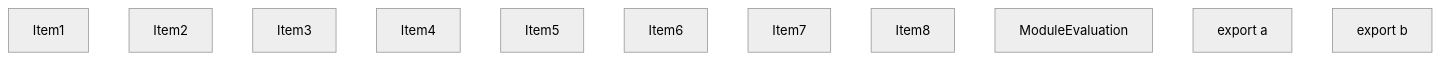
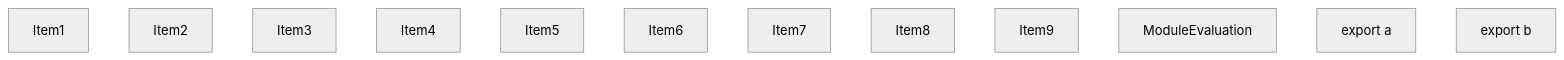
One commit to vercel/turborepo changed the first of 5 diagrams in crates/turbopack-ecmascript/tests/tree-shaker/analyzer/shared-and-side-effects/output.md. Above: the diagram before and after it, drawn with Mermaid (neutral theme). The commit also changed other lines of this file and 1 other file, not shown here.

````diff
--- a/crates/turbopack-ecmascript/tests/tree-shaker/analyzer/shared-and-side-effects/output.md
+++ b/crates/turbopack-ecmascript/tests/tree-shaker/analyzer/shared-and-side-effects/output.md
@@ -100,17 +112,18 @@
 ```mermaid
 graph TD
     Item1;
     Item2;
     Item3;
     Item4;
     Item5;
     Item6;
     Item7;
     Item8;
     Item9;
-    Item9["ModuleEvaluation"];
     Item10;
-    Item10["export a"];
+    Item10["ModuleEvaluation"];
     Item11;
-    Item11["export b"];
+    Item11["export a"];
+    Item12;
+    Item12["export b"];
 ```
````
